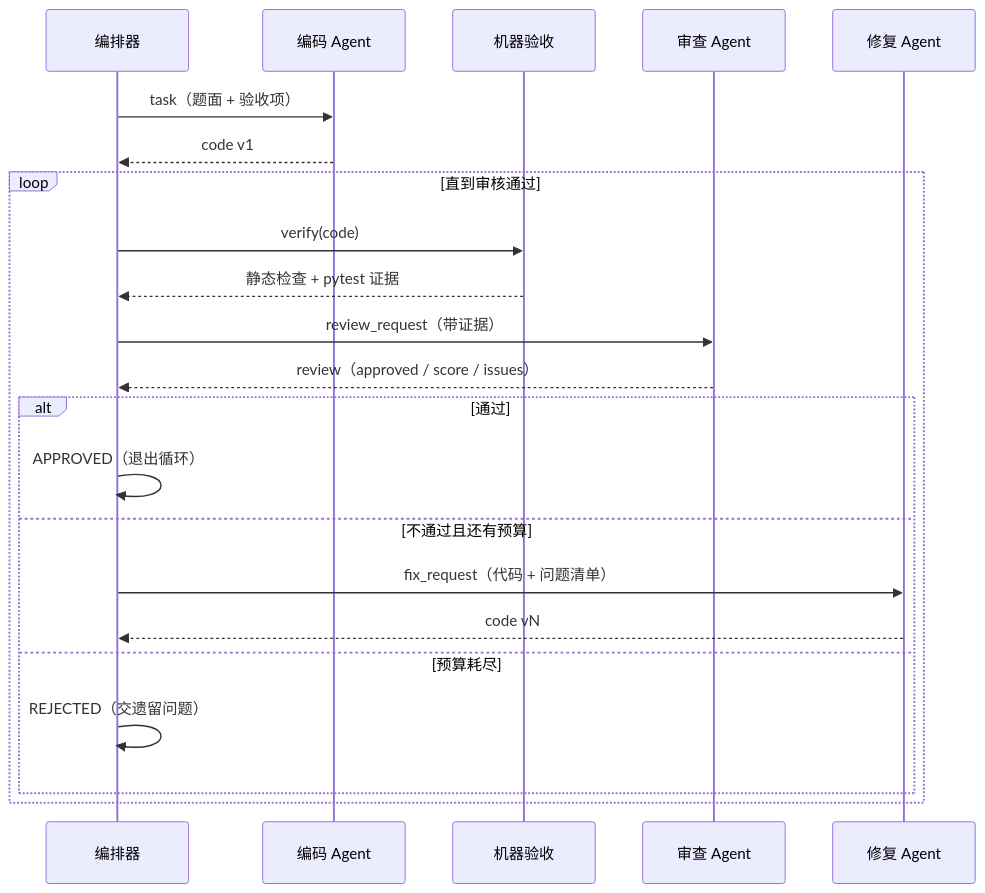
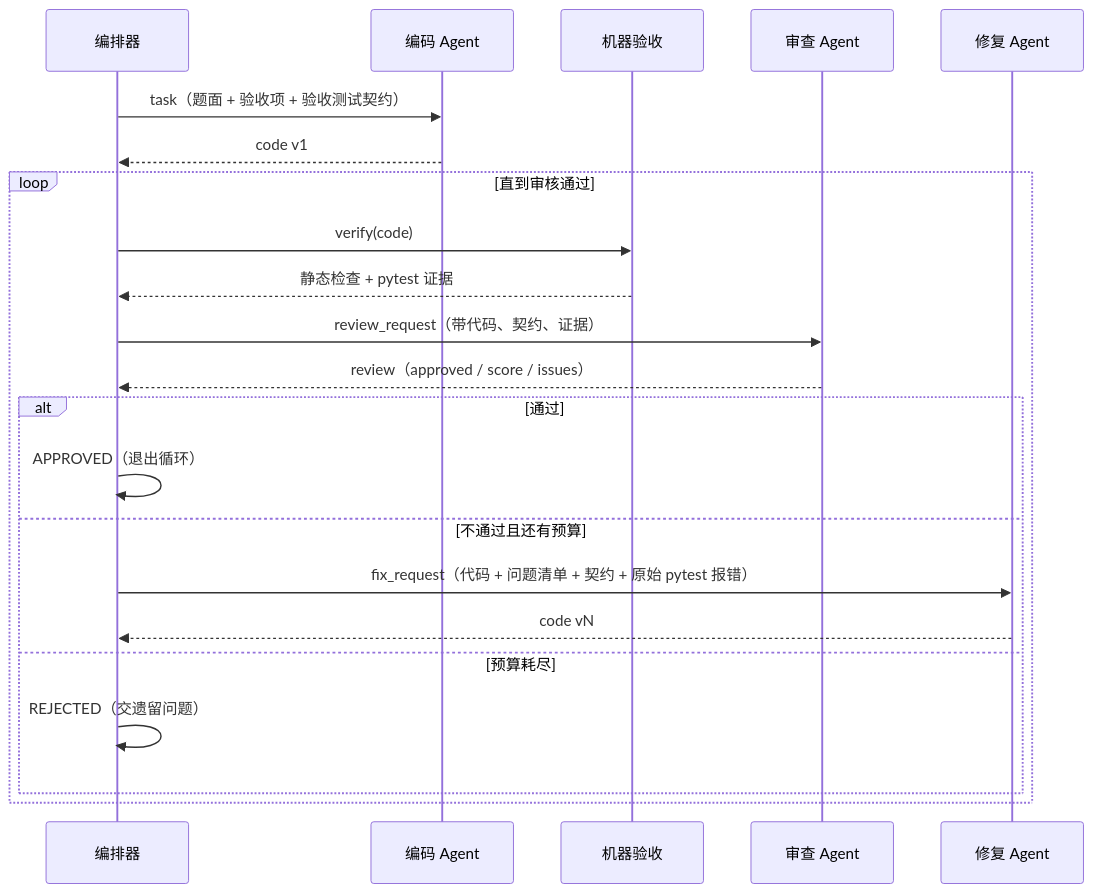
One commit to tronuo114/Simple-Workflow-homework changed the second of 2 diagrams in Design.md. Above: the diagram before and after it, drawn with Mermaid. The commit also changed other lines of this file and 20 other files, not shown here.

````diff
--- a/Design.md
+++ b/Design.md
@@ -83,24 +83,24 @@
 ```mermaid
 sequenceDiagram
     participant O as 编排器
     participant C as 编码 Agent
     participant V as 机器验收
     participant R as 审查 Agent
     participant F as 修复 Agent
-    O->>C: task（题面 + 验收项）
+    O->>C: task（题面 + 验收项 + 验收测试契约）
     C-->>O: code v1
     loop 直到审核通过
         O->>V: verify(code)
         V-->>O: 静态检查 + pytest 证据
-        O->>R: review_request（带证据）
+        O->>R: review_request（带代码、契约、证据）
         R-->>O: review（approved / score / issues）
         alt 通过
             O->>O: APPROVED（退出循环）
         else 不通过且还有预算
-            O->>F: fix_request（代码 + 问题清单）
+            O->>F: fix_request（代码 + 问题清单 + 契约 + 原始 pytest 报错）
             F-->>O: code vN
         else 预算耗尽
             O->>O: REJECTED（交遗留问题）
         end
     end
 ```
````
